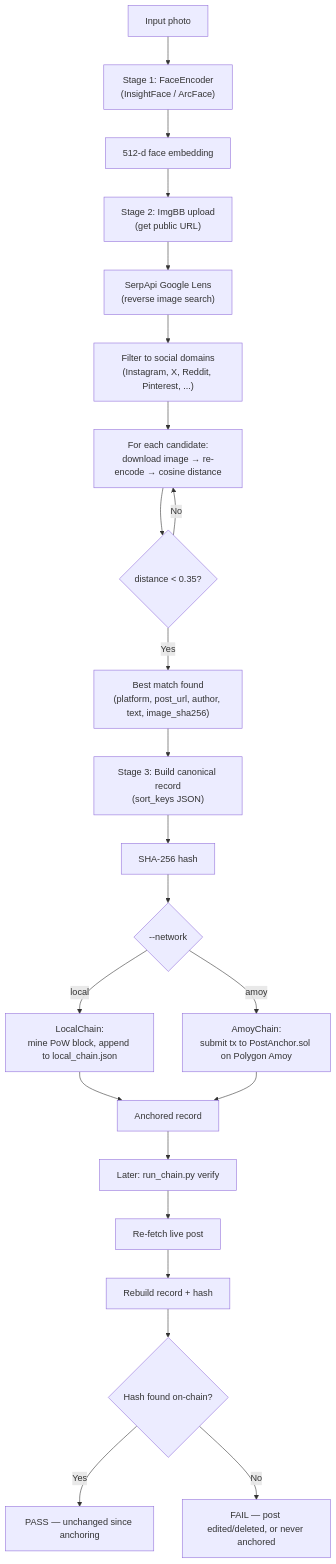
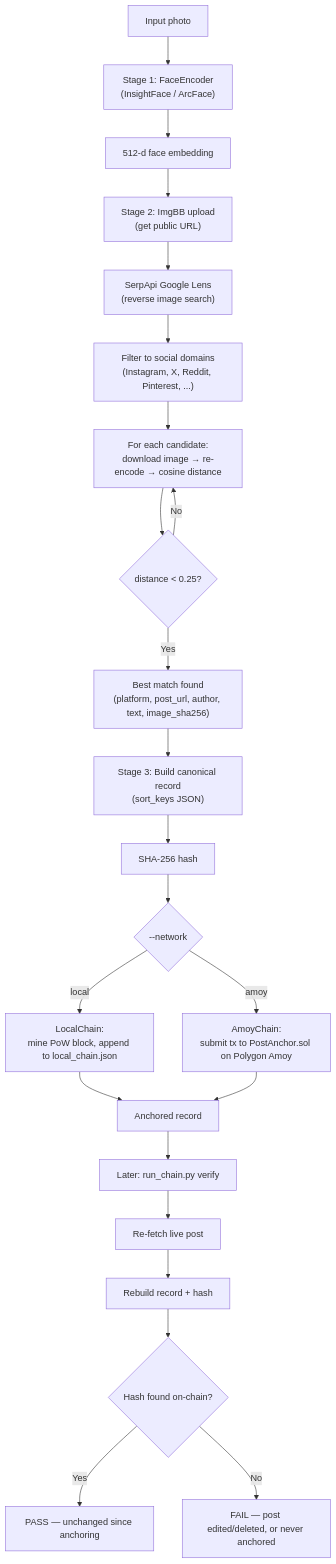
Before and after one commit to Yosuf20/FaceRecognition_BlockChain: the first of 4 diagrams in README.md, drawn with Mermaid. The commit also changed other lines of this file and 4 other files, not shown here.

````diff
--- a/README.md
+++ b/README.md
@@ -37,29 +37,29 @@
 ```mermaid
 flowchart TD
     A["Input photo"] --> B["Stage 1: FaceEncoder<br/>(InsightFace / ArcFace)"]
     B --> C["512-d face embedding"]
 
     C --> D["Stage 2: ImgBB upload<br/>(get public URL)"]
     D --> E["SerpApi Google Lens<br/>(reverse image search)"]
     E --> F["Filter to social domains<br/>(Instagram, X, Reddit, Pinterest, ...)"]
     F --> G["For each candidate:<br/>download image → re-encode → cosine distance"]
-    G --> H{"distance < 0.35?"}
+    G --> H{"distance < 0.25?"}
     H -- No --> G
     H -- Yes --> I["Best match found<br/>(platform, post_url, author, text, image_sha256)"]
 
     I --> J["Stage 3: Build canonical record<br/>(sort_keys JSON)"]
     J --> K["SHA-256 hash"]
     K --> L{"--network"}
     L -- local --> M["LocalChain:<br/>mine PoW block, append to local_chain.json"]
     L -- amoy --> N["AmoyChain:<br/>submit tx to PostAnchor.sol on Polygon Amoy"]
 
     M --> O["Anchored record"]
     N --> O
 
     O --> P["Later: run_chain.py verify"]
     P --> Q["Re-fetch live post"]
     Q --> R["Rebuild record + hash"]
     R --> S{"Hash found on-chain?"}
     S -- Yes --> T["PASS — unchanged since anchoring"]
     S -- No --> U["FAIL — post edited/deleted, or never anchored"]
 ```
````
